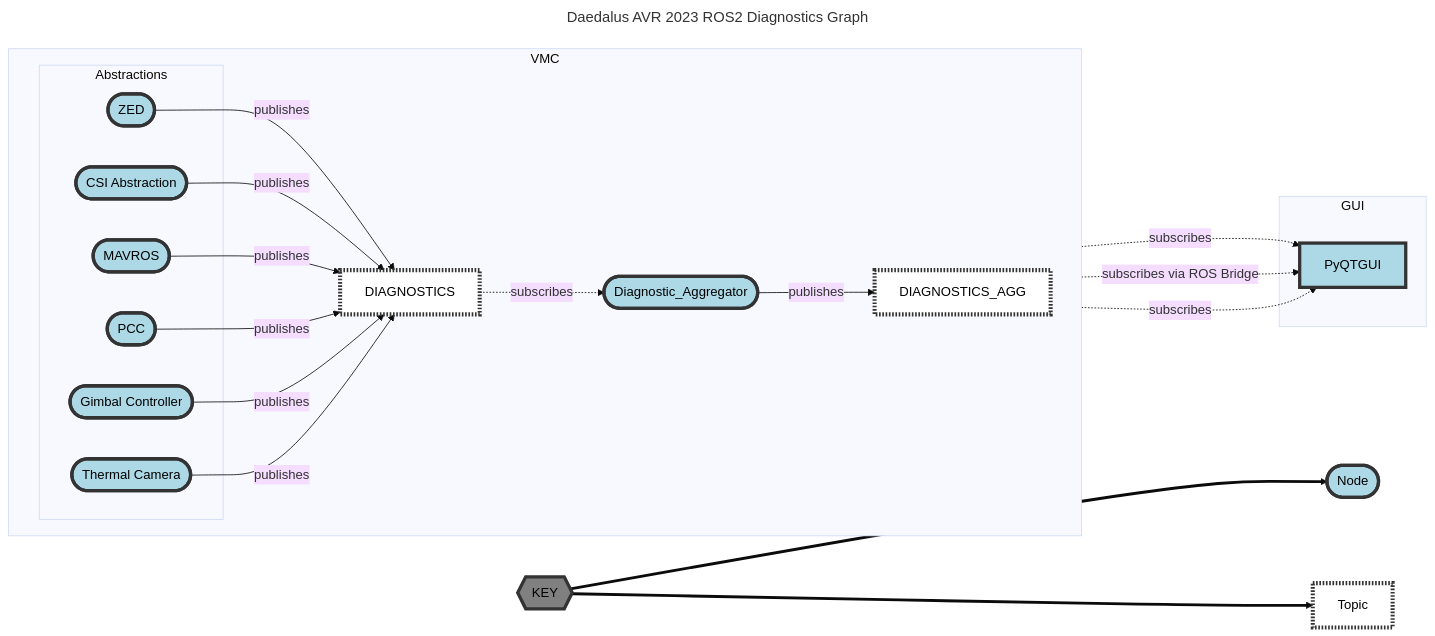
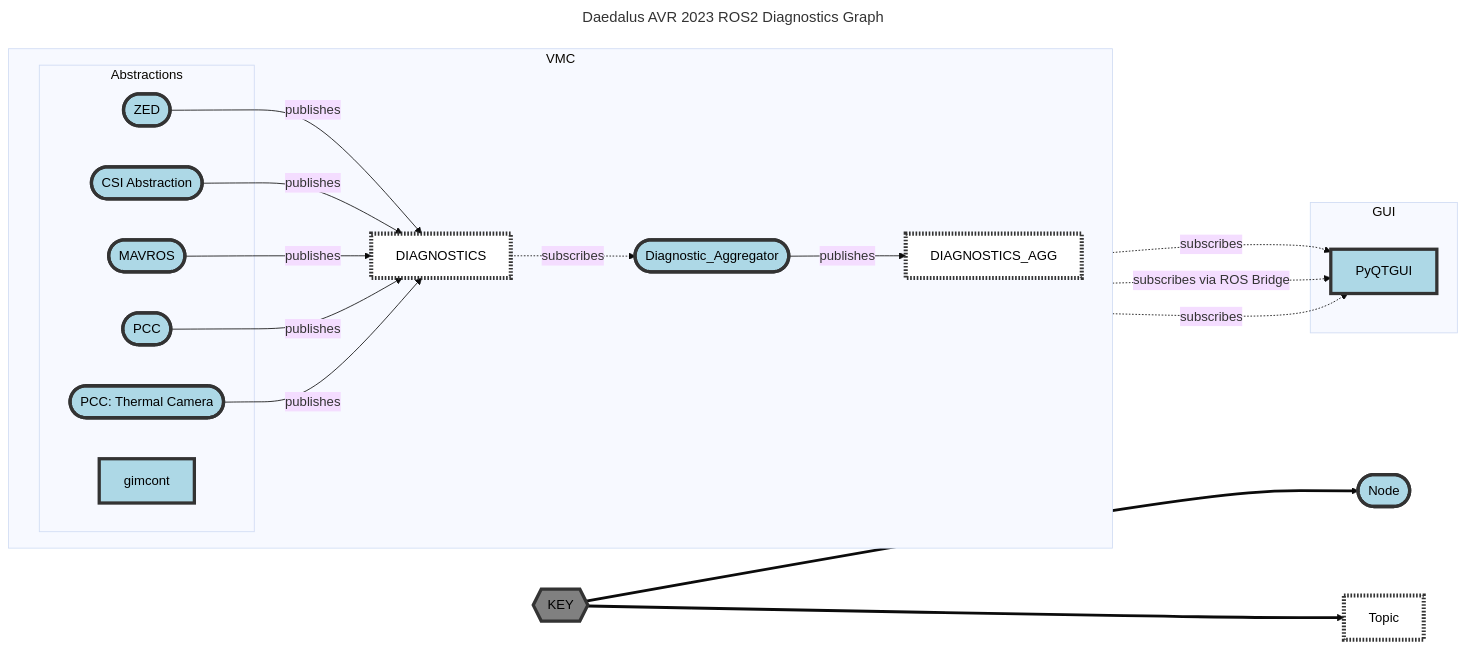
Before and after one commit to Daedalus-Robotics/avr_2023_documentation: the diagram in README.md, drawn with Mermaid (base theme).

Commit message:
Update README.md
removed old nodes

````diff
--- a/README.md
+++ b/README.md
@@ -1,48 +1,47 @@
 ```mermaid
 ---
 title: Daedalus AVR 2023 ROS2 Diagnostics Graph
 ---
 flowchart LR
     
     classDef node fill:lightBlue,color:black,stroke:#333,stroke-width:4px
     classDef topic fill:white,color:black,stroke:#333,stroke-width:5px, stroke-dasharray: 2 2
     classDef key fill:gray,color:black,stroke:#333,stroke-width:4px
     
 
     subgraph VMC
         direction LR
         diagnostics_topic[DIAGNOSTICS]:::topic
         diag_agg([Diagnostic_Aggregator])
         diag_agg_topic[DIAGNOSTICS_AGG]:::topic
         zed([ZED])
         
         subgraph Abstractions 
             zed
             CSI_abs
             Mavros
             PCC
             gimcont
             themcam
         end
     end
 
     subgraph GUI 
         PyQTGUI
     end
 
     legend{{KEY}}:::key==>i1([Node]):::node
     legend==>i2[Topic]:::topic
     
     zed --publishes-->diagnostics_topic
     CSI_abs([CSI Abstraction]) --publishes-->diagnostics_topic
     Mavros([MAVROS]) --publishes-->diagnostics_topic
     PCC([PCC]) --publishes-->diagnostics_topic
-    gimcont([Gimbal Controller]) --publishes-->diagnostics_topic
-    themcam([Thermal Camera]) --publishes-->diagnostics_topic
+    themcam([PCC: Thermal Camera]) --publishes-->diagnostics_topic
     diagnostics_topic -. subscribes .->diag_agg
     diag_agg --publishes-->diag_agg_topic
     diag_agg_topic -. subscribes .-> PyQTGUI
     diag_agg_topic -. subscribes via ROS Bridge .-> PyQTGUI
     diag_agg_topic -. subscribes .-> PyQTGUI 
 
 ```
````
